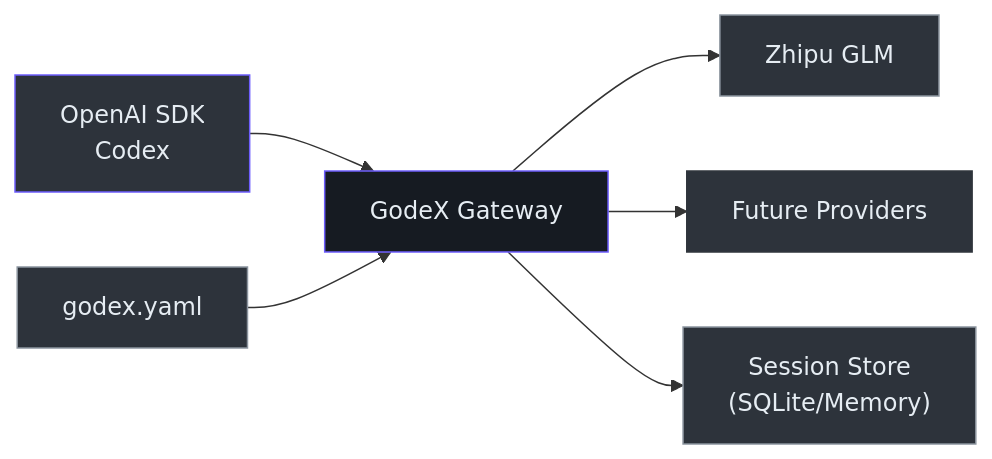
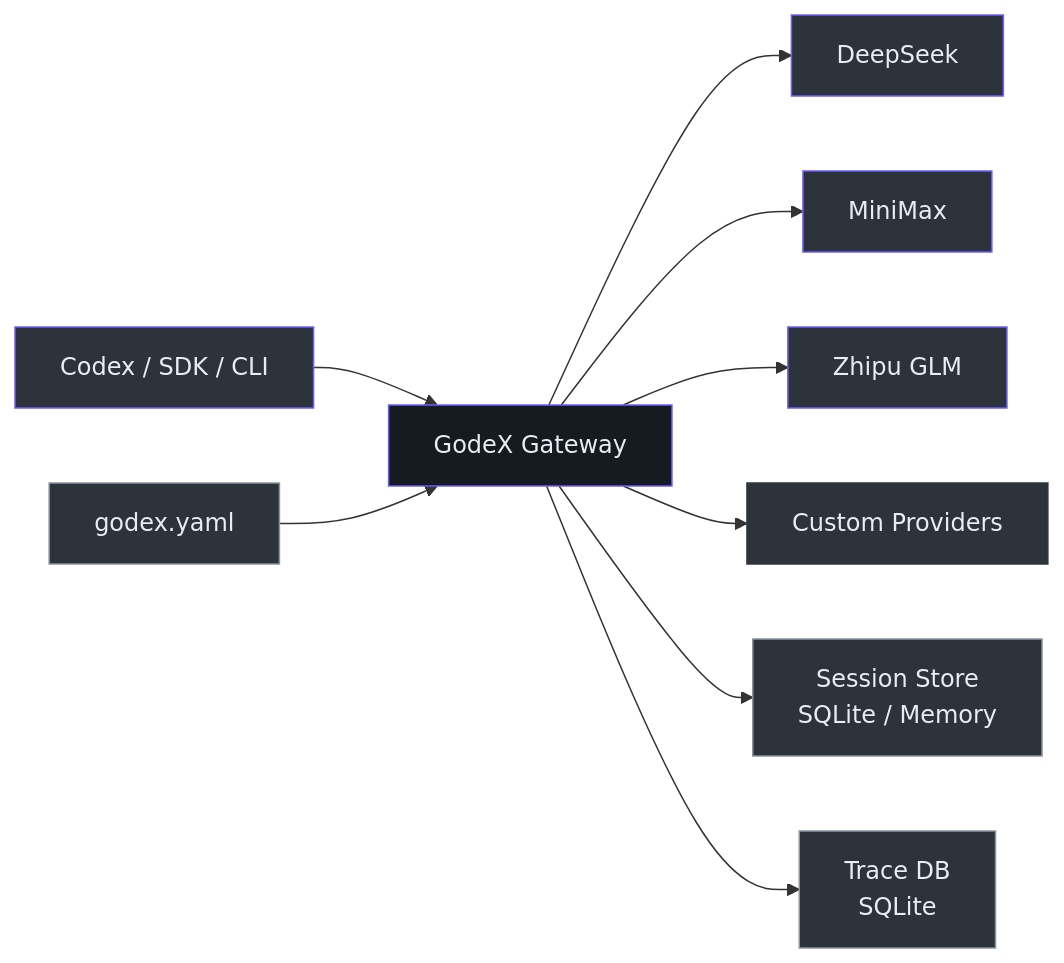
Before and after one commit to zamelee/GodeX: the first of 2 diagrams in wiki/onboarding/executive-guide.md, drawn with Mermaid. The commit also changed other lines of this file and 9 other files, not shown here.

````diff
--- a/wiki/onboarding/executive-guide.md
+++ b/wiki/onboarding/executive-guide.md
@@ -30,15 +35,21 @@
 ```mermaid
 graph LR
-    CLIENT["OpenAI SDK<br>Codex"] --> GODEX["GodeX Gateway"]
-    GODEX --> ZHIPU["Zhipu GLM"]
-    GODEX --> FUTURE["Future Providers"]
-    GODEX --> SESSION["Session Store<br>(SQLite/Memory)"]
-    CONFIG["godex.yaml"] --> GODEX
+  CLIENT["Codex / SDK / CLI"] --> GODEX["GodeX Gateway"]
+  GODEX --> DEEPSEEK["DeepSeek"]
+  GODEX --> MINIMAX["MiniMax"]
+  GODEX --> ZHIPU["Zhipu GLM"]
+  GODEX --> CUSTOM["Custom Providers"]
+  GODEX --> SESSION["Session Store<br>SQLite / Memory"]
+  GODEX --> TRACE["Trace DB<br>SQLite"]
+  CONFIG["godex.yaml"] --> GODEX
 
-    style CLIENT fill:#2d333b,stroke:#6d5dfc,color:#e6edf3
-    style GODEX fill:#161b22,stroke:#6d5dfc,color:#e6edf3
-    style ZHIPU fill:#2d333b,stroke:#8b949e,color:#e6edf3
-    style FUTURE fill:#2d333b,stroke:#30363d,color:#e6edf3
-    style SESSION fill:#2d333b,stroke:#8b949e,color:#e6edf3
-    style CONFIG fill:#2d333b,stroke:#8b949e,color:#e6edf3
+  style CLIENT fill:#2d333b,stroke:#6d5dfc,color:#e6edf3
+  style GODEX fill:#161b22,stroke:#6d5dfc,color:#e6edf3
+  style DEEPSEEK fill:#2d333b,stroke:#6d5dfc,color:#e6edf3
+  style MINIMAX fill:#2d333b,stroke:#6d5dfc,color:#e6edf3
+  style ZHIPU fill:#2d333b,stroke:#6d5dfc,color:#e6edf3
+  style CUSTOM fill:#2d333b,stroke:#30363d,color:#e6edf3
+  style SESSION fill:#2d333b,stroke:#8b949e,color:#e6edf3
+  style TRACE fill:#2d333b,stroke:#8b949e,color:#e6edf3
+  style CONFIG fill:#2d333b,stroke:#8b949e,color:#e6edf3
 ```
````
